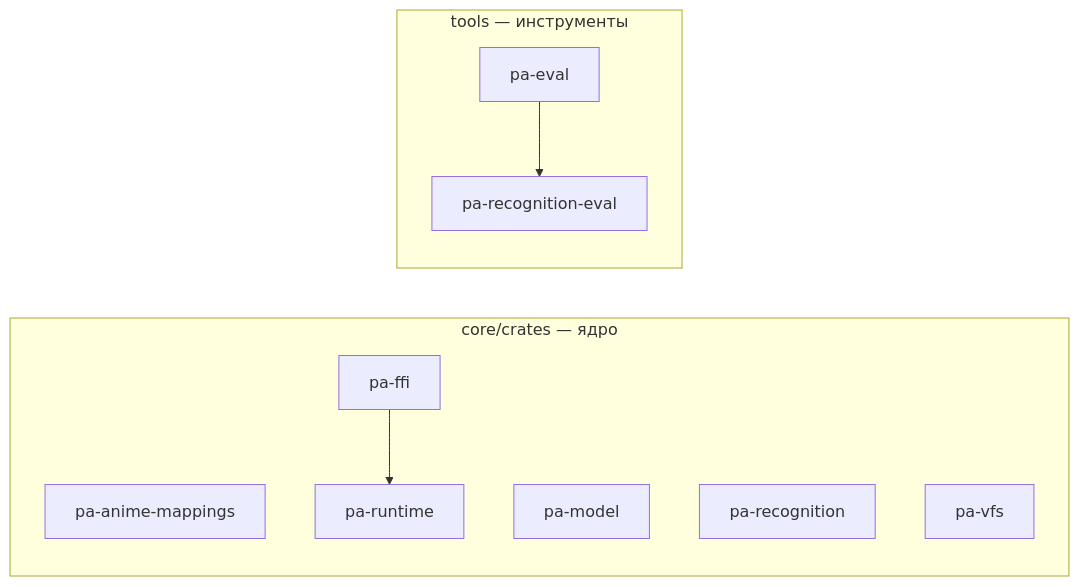
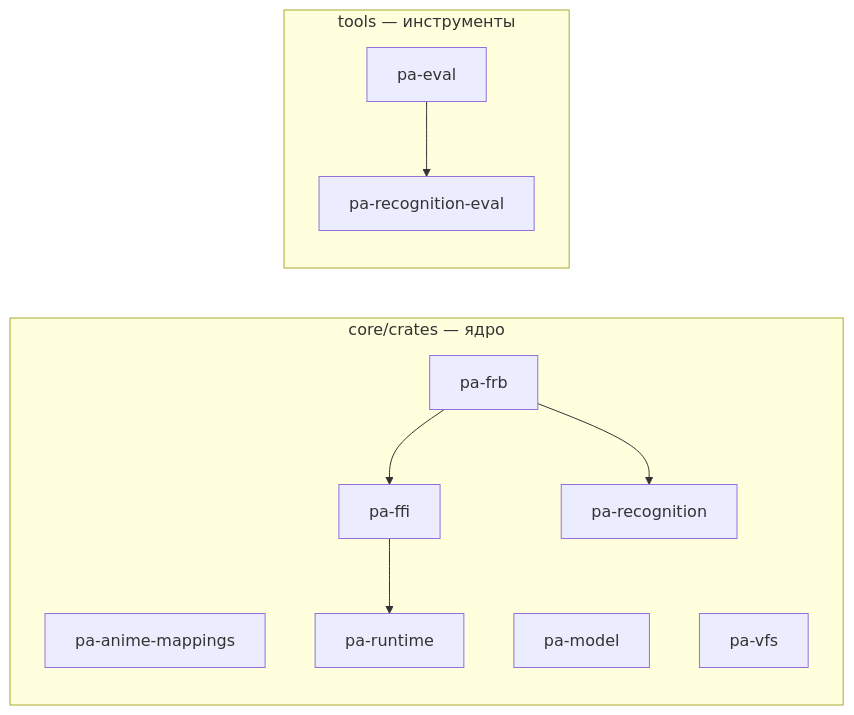
The diagram in docs/dev/crate-graph.md (DenisHumen/project_alpha), drawn with Mermaid before and after one commit. The commit also changed other lines of this file and 69 other files, not shown here.

````diff
--- a/docs/dev/crate-graph.md
+++ b/docs/dev/crate-graph.md
@@ -12,17 +12,20 @@
 ```mermaid
 flowchart LR
   subgraph g0["core/crates — ядро"]
     pa_anime_mappings["pa-anime-mappings"]
     pa_ffi["pa-ffi"]
+    pa_frb["pa-frb"]
     pa_model["pa-model"]
     pa_recognition["pa-recognition"]
     pa_runtime["pa-runtime"]
     pa_vfs["pa-vfs"]
   end
   subgraph g1["tools — инструменты"]
     pa_eval["pa-eval"]
     pa_recognition_eval["pa-recognition-eval"]
   end
   pa_eval --> pa_recognition_eval
   pa_ffi --> pa_runtime
+  pa_frb --> pa_ffi
+  pa_frb --> pa_recognition
 ```
````
